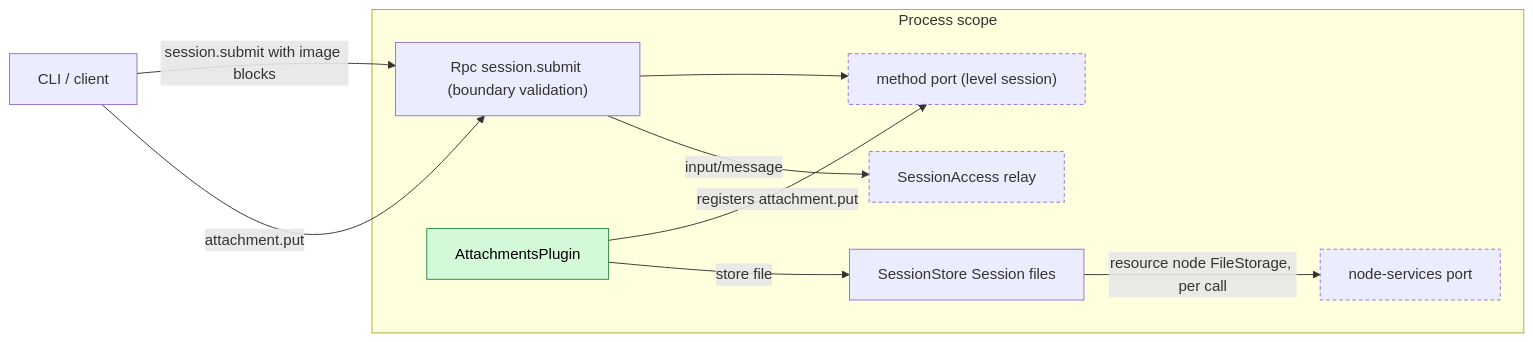
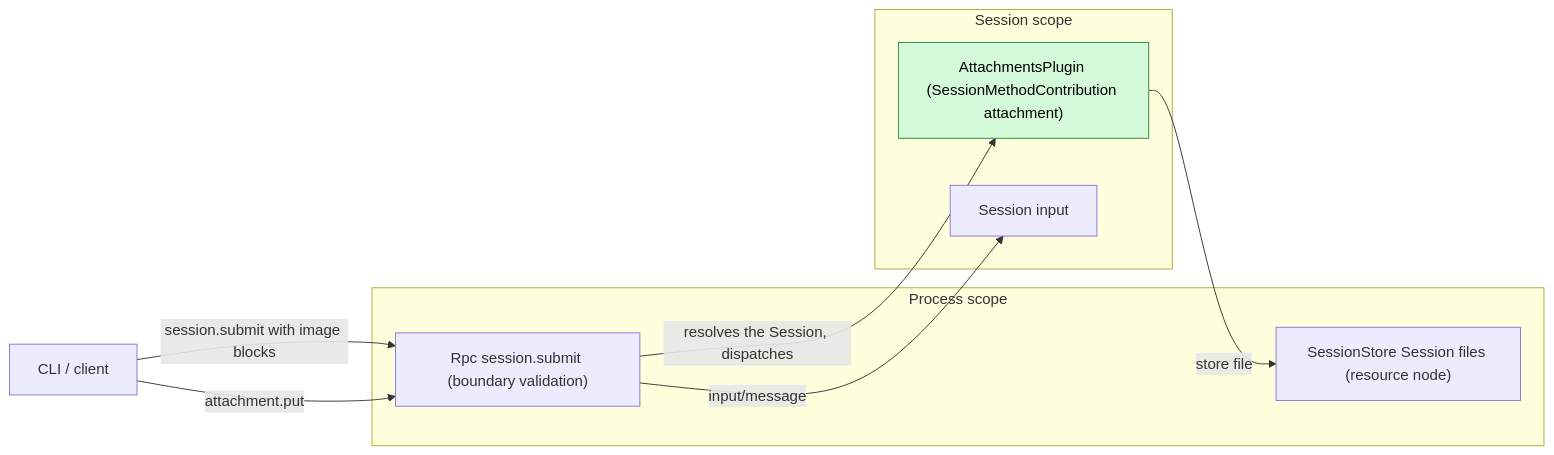
One commit to CoutinhoTTS/dim-agent changed the first of 4 diagrams in docs/design/plugins/Attachments.md. Above: the diagram before and after it, drawn with Mermaid. The commit also changed other lines of this file and 3 other files, not shown here.

Commit message:
docs(design): rescope Questions, Goal, ShellInput and Attachments per ADR 002

````diff
--- a/docs/design/plugins/Attachments.md
+++ b/docs/design/plugins/Attachments.md
@@ -9,21 +9,18 @@
 ```mermaid
 flowchart LR
   CLI["CLI / client"]
   subgraph P["Process scope"]
     RPC["Rpc session.submit (boundary validation)"]
-    MC["method port (level session)"]:::contract
-    AT["AttachmentsPlugin"]:::new
-    SS["SessionStore Session files"]
-    NS["node-services port"]:::contract
-    SA["SessionAccess relay"]:::contract
+    SS["SessionStore Session files (resource node)"]
+  end
+  subgraph S["Session scope"]
+    AT["AttachmentsPlugin (SessionMethodContribution attachment)"]:::new
+    SI["Session input"]
   end
   CLI -- "session.submit with image blocks" --> RPC
   CLI -- "attachment.put" --> RPC
-  RPC --> MC
-  AT -- "registers attachment.put" --> MC
+  RPC -- "resolves the Session, dispatches" --> AT
   AT -- "store file" --> SS
-  SS -- "resource node FileStorage, per call" --> NS
-  RPC -- "input/message" --> SA
+  RPC -- "input/message" --> SI
   classDef new fill:#d3f9d8,stroke:#2b8a3e,color:#000
-  classDef contract stroke-dasharray:4 3
 ```
````
